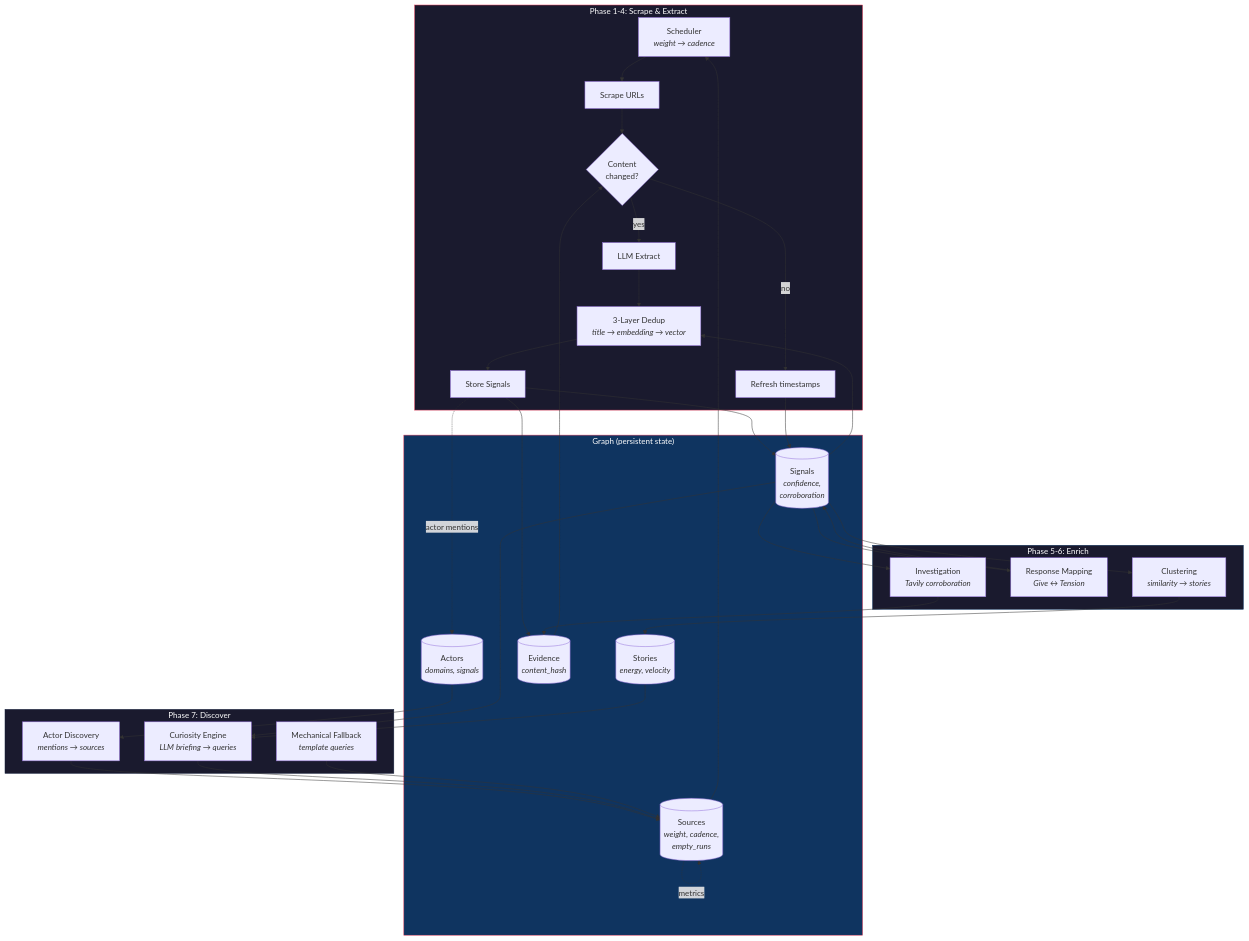
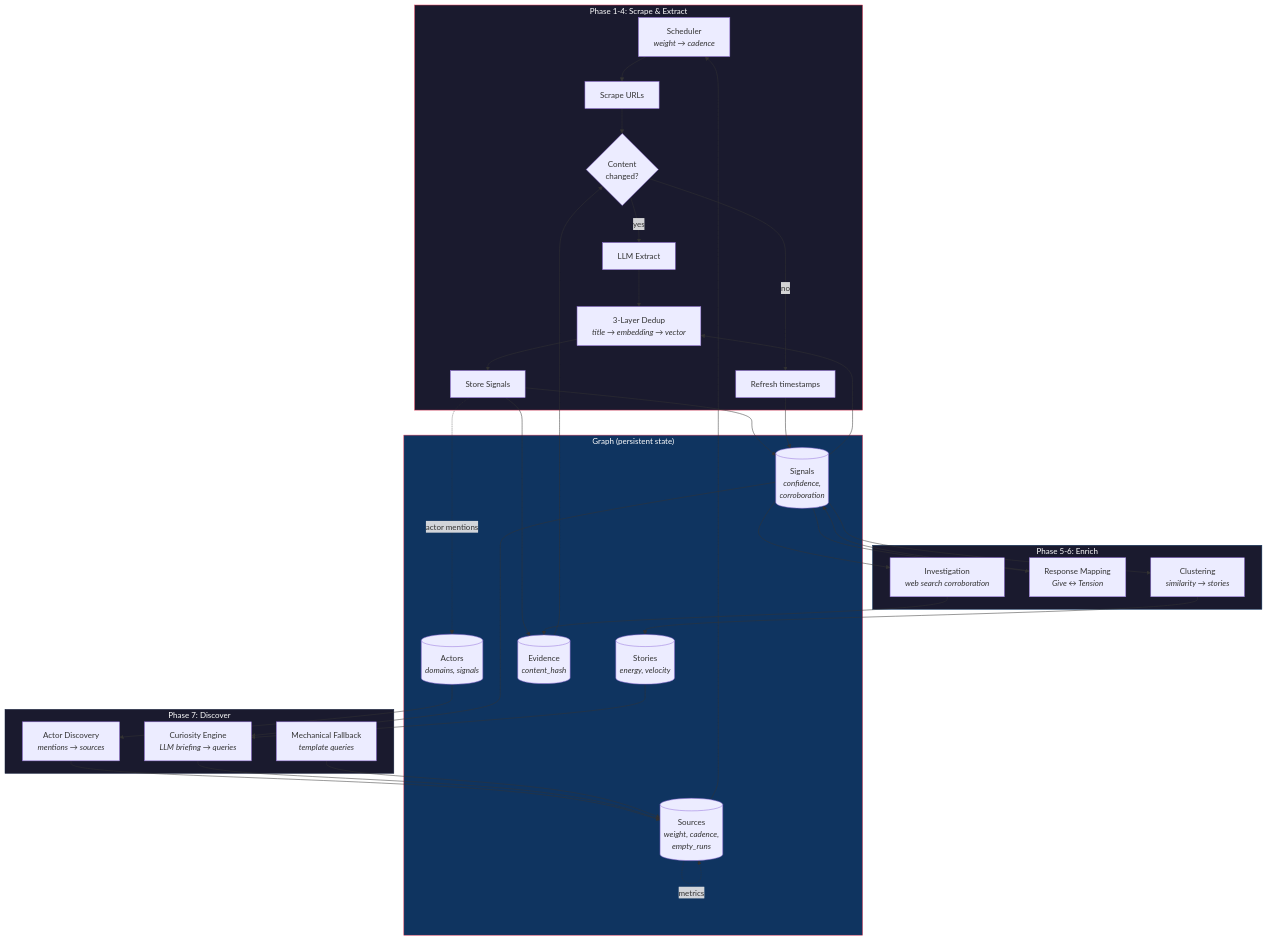
The first of 13 diagrams in docs/architecture/feedback-loops.md (fourthplaces/rootsignal), drawn with Mermaid before and after one commit. The commit also changed other lines of this file and 45 other files, not shown here.

First line of the commit message:
feat: replace Tavily with Serper.dev for web search

````diff
--- a/docs/architecture/feedback-loops.md
+++ b/docs/architecture/feedback-loops.md
@@ -11,63 +11,63 @@
 ```mermaid
 flowchart TB
     subgraph SCRAPE ["Phase 1-4: Scrape & Extract"]
         Schedule["Scheduler<br/><i>weight → cadence</i>"]
         Scrape["Scrape URLs"]
         Hash{"Content<br/>changed?"}
         Extract["LLM Extract"]
         Dedup["3-Layer Dedup<br/><i>title → embedding → vector</i>"]
         Store["Store Signals"]
 
         Schedule --> Scrape --> Hash
         Hash -- yes --> Extract --> Dedup --> Store
         Hash -- no --> Refresh["Refresh timestamps"]
     end
 
     subgraph ENRICH ["Phase 5-6: Enrich"]
         Cluster["Clustering<br/><i>similarity → stories</i>"]
         Respond["Response Mapping<br/><i>Give ↔ Tension</i>"]
-        Investigate["Investigation<br/><i>Tavily corroboration</i>"]
+        Investigate["Investigation<br/><i>web search corroboration</i>"]
     end
 
     subgraph DISCOVER ["Phase 7: Discover"]
         Actors["Actor Discovery<br/><i>mentions → sources</i>"]
         Curiosity["Curiosity Engine<br/><i>LLM briefing → queries</i>"]
         Mechanical["Mechanical Fallback<br/><i>template queries</i>"]
     end
 
     subgraph GRAPH ["Graph (persistent state)"]
         Sources[("Sources<br/><i>weight, cadence,<br/>empty_runs</i>")]
         Signals[("Signals<br/><i>confidence,<br/>corroboration</i>")]
         Stories2[("Stories<br/><i>energy, velocity</i>")]
         ActorNodes[("Actors<br/><i>domains, signals</i>")]
         Evidence[("Evidence<br/><i>content_hash</i>")]
     end
 
     Store --> Signals
     Store --> Evidence
     Refresh --> Signals
     Cluster --> Stories2
     Respond --> Signals
     Investigate --> Evidence
     Actors --> Sources
     Curiosity --> Sources
     Mechanical --> Sources
 
     Sources --> Schedule
     Signals --> Cluster
     Signals --> Respond
     Signals --> Investigate
     Signals --> Curiosity
     Stories2 --> Curiosity
     ActorNodes --> Actors
     Evidence --> Hash
     Store -.->|"actor mentions"| ActorNodes
 
     Signals --> Dedup
     Sources -.->|"metrics"| Sources
 
     style SCRAPE fill:#1a1a2e,stroke:#e94560,color:#fff
     style ENRICH fill:#1a1a2e,stroke:#0f3460,color:#fff
     style DISCOVER fill:#1a1a2e,stroke:#16213e,color:#fff
     style GRAPH fill:#0f3460,stroke:#e94560,color:#fff
 ```
````
